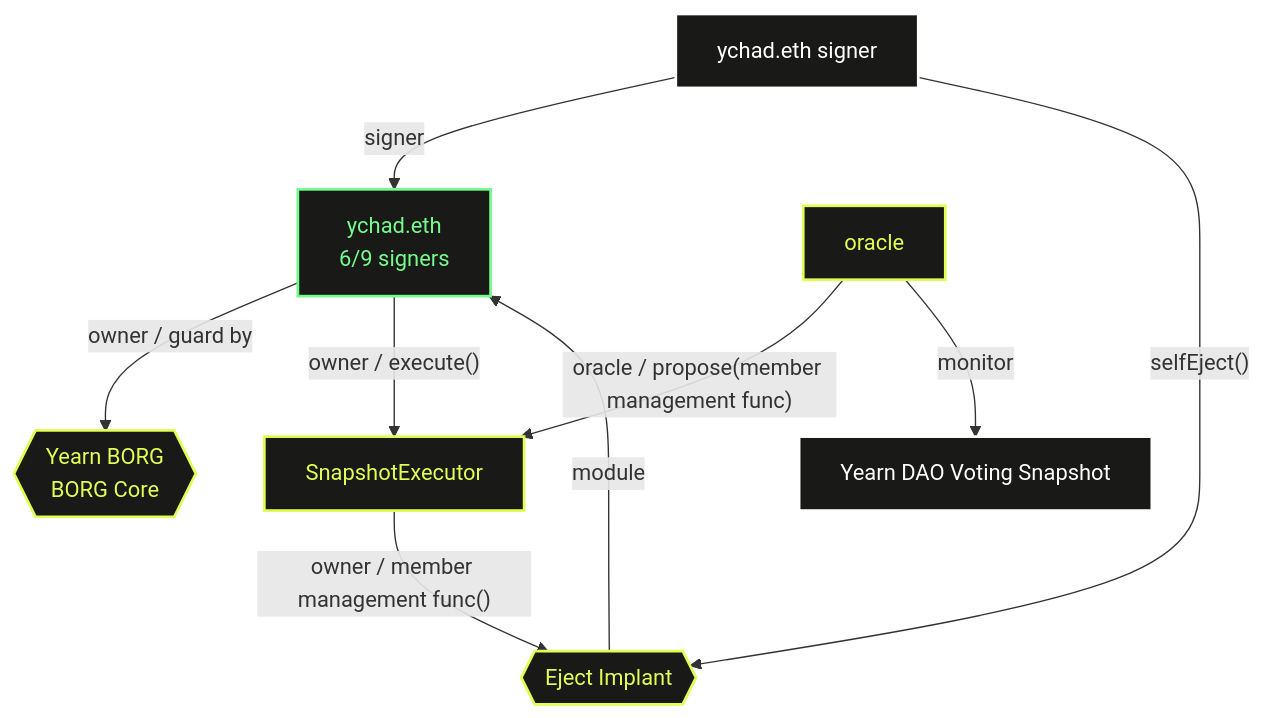
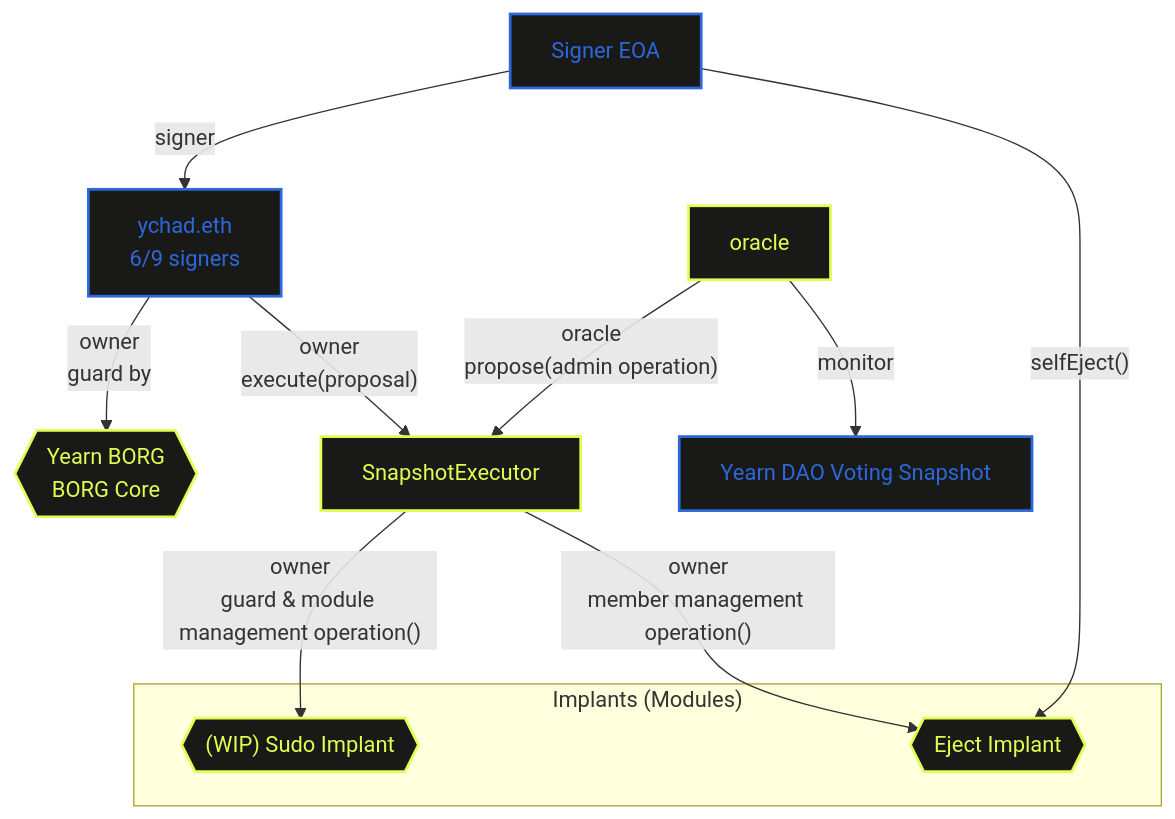
One commit to MetaLex-Tech/borg-core changed the diagram in README-yearnBorg.md. Above: the diagram before and after it, drawn with Mermaid. The commit also changed other lines of this file and 1 other file, not shown here.

````diff
--- a/README-yearnBorg.md
+++ b/README-yearnBorg.md
@@ -5,38 +5,46 @@
 ```mermaid
 graph TD
     ychad[ychad.eth<br/>6/9 signers]
-    ychadSigner[ychad.eth signer]
+    ychadSigner[Signer EOA]
     yearnDaoVoting[Yearn DAO Voting Snapshot]
     
     oracleAddr[oracle]
     
     borg{{Yearn BORG<br>BORG Core}}
-    
-    ejectImplant{{Eject Implant}}
+
+    subgraph implants["Implants (Modules)"]
+        ejectImplant{{Eject Implant}}
+        sudoImplant{{"(WIP) Sudo Implant"}}
+    end
      
     snapshotExecutor[SnapshotExecutor]
 
-    ychad -->|"owner / guard by"| borg
-    ychad -->|"owner / execute()"| snapshotExecutor
+    ychad -->|"owner<br>guard by"| borg
+    ychad -->|"owner<br>execute(proposal)"| snapshotExecutor
+    
+    %% implants -->|modules| ychad
     
     ychadSigner -->|signer| ychad
     ychadSigner -->|"selfEject()"| ejectImplant
 
-    oracleAddr -->|"oracle / propose(member management func)"| snapshotExecutor      
+    oracleAddr -->|"oracle<br>propose(admin operation)"| snapshotExecutor      
     oracleAddr -->|monitor| yearnDaoVoting
     
-    ejectImplant -->|module| ychad
-    
-    snapshotExecutor -->|"owner / member management func()"| ejectImplant
+    snapshotExecutor -->|"owner<br>guard & module management operation()"| sudoImplant
+    snapshotExecutor -->|"owner<br>member management operation()"| ejectImplant
     
     %% Styling (optional, Mermaid supports limited styling)
     classDef default fill:#191918,stroke:#fff,stroke-width:2px,color:#fff;
     classDef borg fill:#191918,stroke:#E1FE52,stroke-width:2px,color:#E1FE52;
+    classDef yearn fill:#191918,stroke:#2C68DB,stroke-width:2px,color:#2C68DB;
     classDef safe fill:#191918,stroke:#76FB8D,stroke-width:2px,color:#76FB8D;
     classDef todo fill:#191918,stroke:#F09B4A,stroke-width:2px,color:#F09B4A;
     class borg borg;
     class ejectImplant borg;
+    class sudoImplant borg;
     class snapshotExecutor borg;
     class oracleAddr borg;
-    class ychad safe;
+    class ychad yearn;
+    class ychadSigner yearn;
+    class yearnDaoVoting yearn;
 ```
````
